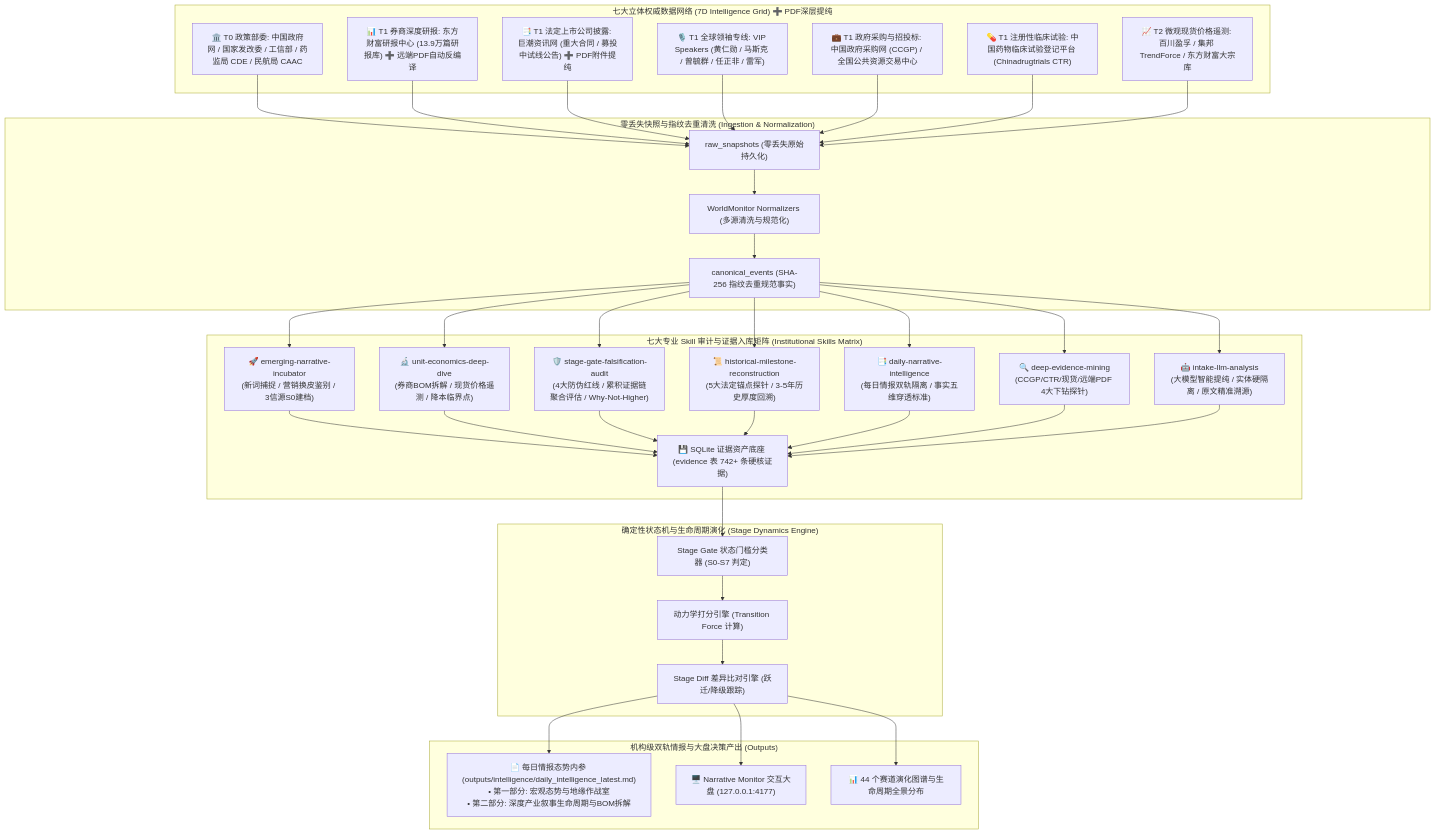
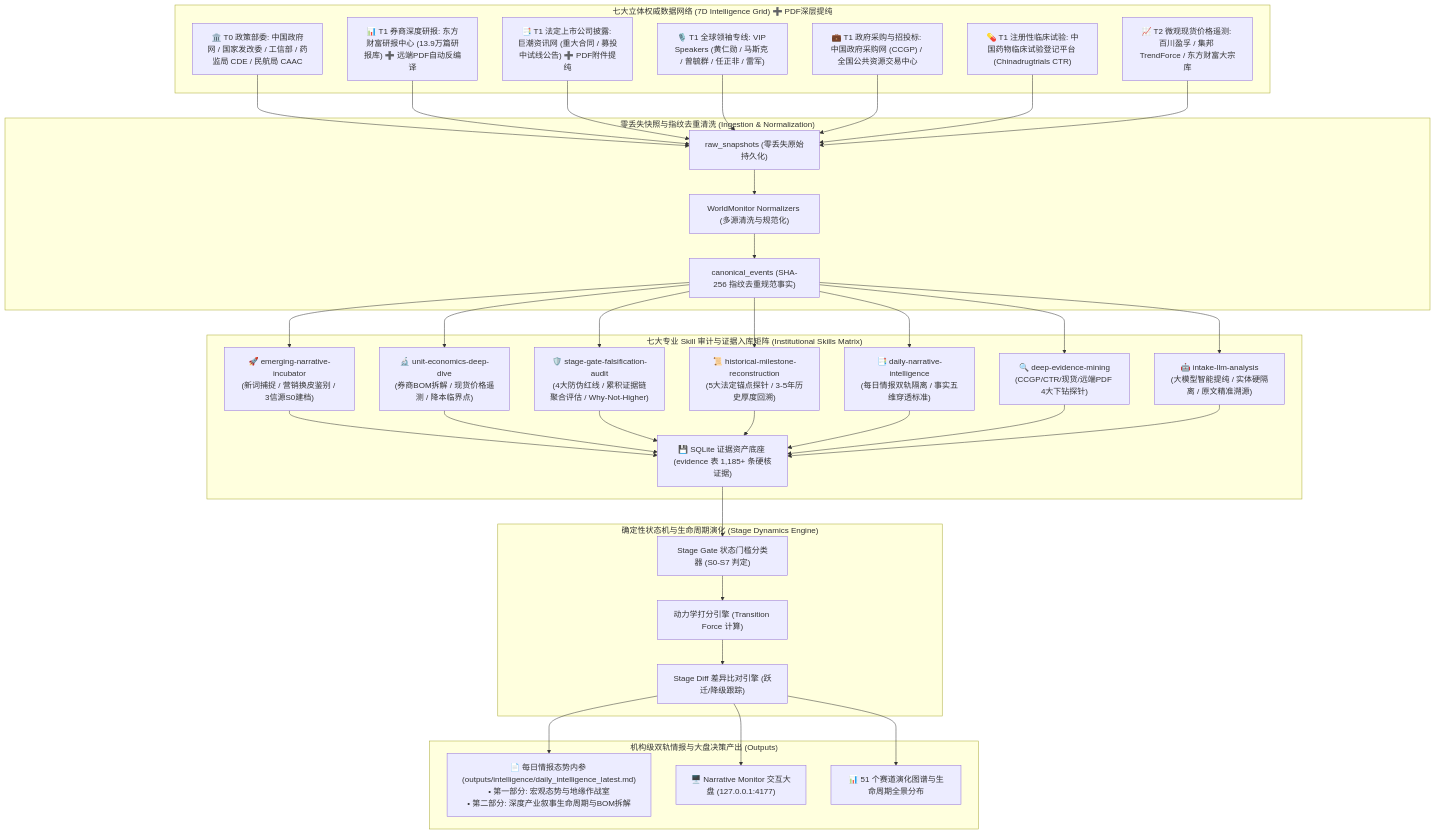
One commit to Waloncycler/narrative-lifecycle changed the second of 2 diagrams in README.md. Above: the diagram before and after it, drawn with Mermaid. The commit also changed other lines of this file and 2 other files, not shown here.

Commit message:
feat: implement pluggable source plugin architecture, adaptive rate limiting, and high-performance SQLite transaction batches

````diff
--- a/README.md
+++ b/README.md
@@ -297,41 +298,41 @@
 ```mermaid
 flowchart TD
     subgraph G1 ["七大立体权威数据网络 (7D Intelligence Grid) ➕ PDF深层提纯"]
         S1["🏛️ T0 政策部委: 中国政府网 / 国家发改委 / 工信部 / 药监局 CDE / 民航局 CAAC"]
         S2["📊 T1 券商深度研报: 东方财富研报中心 (13.9万篇研报库) ➕ 远端PDF自动反编译"]
         S3["📑 T1 法定上市公司披露: 巨潮资讯网 (重大合同 / 募投中试线公告) ➕ PDF附件提纯"]
         S4["🎙️ T1 全球领袖专线: VIP Speakers (黄仁勋 / 马斯克 / 曾毓群 / 任正非 / 雷军)"]
         S5["💼 T1 政府采购与招投标: 中国政府采购网 (CCGP) / 全国公共资源交易中心"]
         S6["💊 T1 注册性临床试验: 中国药物临床试验登记平台 (Chinadrugtrials CTR)"]
         S7["📈 T2 微观现货价格遥测: 百川盈孚 / 集邦 TrendForce / 东方财富大宗库"]
     end
 
     subgraph G2 ["零丢失快照与指纹去重清洗 (Ingestion & Normalization)"]
         S1 & S2 & S3 & S4 & S5 & S6 & S7 --> RAW["raw_snapshots (零丢失原始持久化)"]
         RAW --> NORM["WorldMonitor Normalizers (多源清洗与规范化)"]
         NORM --> CE["canonical_events (SHA-256 指纹去重规范事实)"]
     end
 
     subgraph G3 ["七大专业 Skill 审计与证据入库矩阵 (Institutional Skills Matrix)"]
         CE --> SK1["🚀 emerging-narrative-incubator<br>(新词捕捉 / 营销换皮鉴别 / 3信源S0建档)"]
         CE --> SK2["🔬 unit-economics-deep-dive<br>(券商BOM拆解 / 现货价格遥测 / 降本临界点)"]
         CE --> SK3["🛡️ stage-gate-falsification-audit<br>(4大防伪红线 / 累积证据链聚合评估 / Why-Not-Higher)"]
         CE --> SK4["📜 historical-milestone-reconstruction<br>(5大法定锚点探针 / 3-5年历史厚度回溯)"]
         CE --> SK5["📑 daily-narrative-intelligence<br>(每日情报双轨隔离 / 事实五维穿透标准)"]
         CE --> SK6["🔍 deep-evidence-mining<br>(CCGP/CTR/现货/远端PDF 4大下钻探针)"]
         CE --> SK7["🤖 intake-llm-analysis<br>(大模型智能提纯 / 实体硬隔离 / 原文精准溯源)"]
-        SK1 & SK2 & SK3 & SK4 & SK5 & SK6 & SK7 --> ET["💾 SQLite 证据资产底座 (evidence 表 742+ 条硬核证据)"]
+        SK1 & SK2 & SK3 & SK4 & SK5 & SK6 & SK7 --> ET["💾 SQLite 证据资产底座 (evidence 表 1,185+ 条硬核证据)"]
     end
 
     subgraph G4 ["确定性状态机与生命周期演化 (Stage Dynamics Engine)"]
         ET --> SG["Stage Gate 状态门槛分类器 (S0-S7 判定)"]
         SG --> SE["动力学打分引擎 (Transition Force 计算)"]
         SE --> DIFF["Stage Diff 差异比对引擎 (跃迁/降级跟踪)"]
     end
 
     subgraph G5 ["机构级双轨情报与大盘决策产出 (Outputs)"]
         DIFF --> RPT["📄 每日情报态势内参 (outputs/intelligence/daily_intelligence_latest.md)<br>• 第一部分: 宏观态势与地缘作战室<br>• 第二部分: 深度产业叙事生命周期与BOM拆解"]
         DIFF --> UI["🖥️ Narrative Monitor 交互大盘 (127.0.0.1:4177)"]
-        DIFF --> DC["📊 44 个赛道演化图谱与生命周期全景分布"]
+        DIFF --> DC["📊 51 个赛道演化图谱与生命周期全景分布"]
     end
 ```
````
